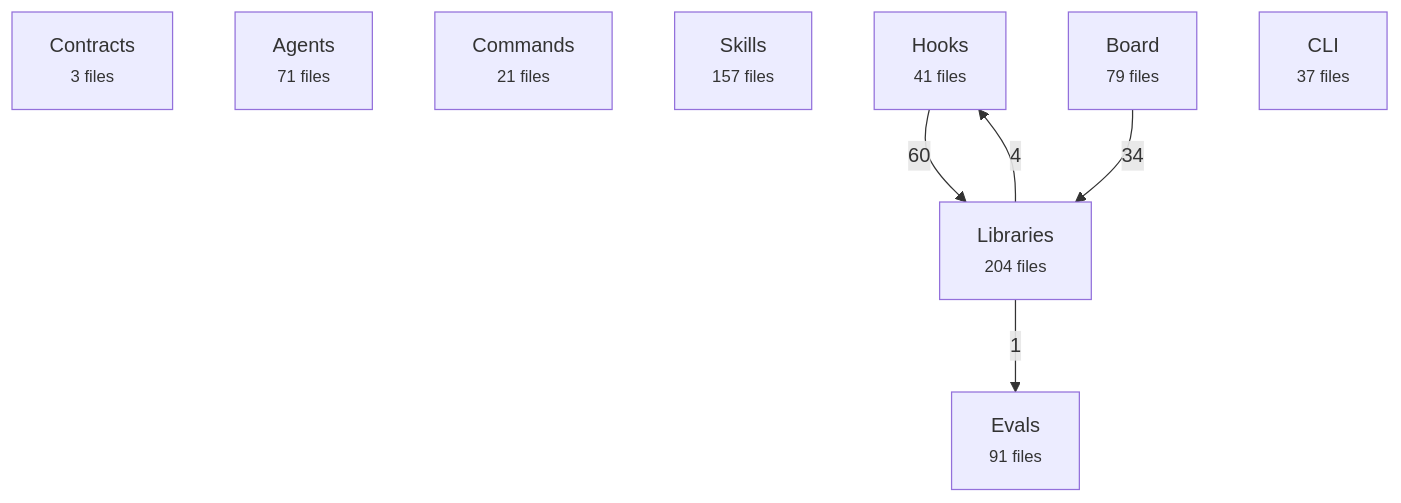
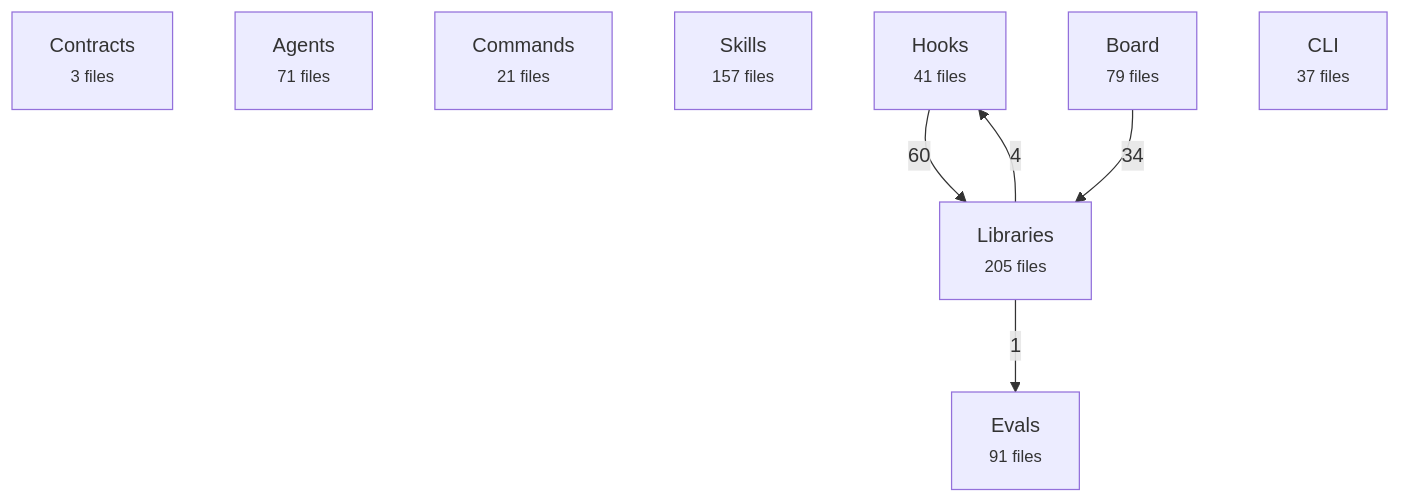
One commit to avelikiy/great_cto changed the first of 2 diagrams in docs/reference/architecture-map.md. Above: the diagram before and after it, drawn with Mermaid. The commit also changed other lines of this file and 4 other files, not shown here.

````diff
--- a/docs/reference/architecture-map.md
+++ b/docs/reference/architecture-map.md
@@ -20,16 +20,16 @@
 ```mermaid
 flowchart TD
   contracts["Contracts<br/><small>3 files</small>"]
   agents["Agents<br/><small>71 files</small>"]
   commands["Commands<br/><small>21 files</small>"]
   skills["Skills<br/><small>157 files</small>"]
   hooks["Hooks<br/><small>41 files</small>"]
-  libs["Libraries<br/><small>204 files</small>"]
+  libs["Libraries<br/><small>205 files</small>"]
   board["Board<br/><small>79 files</small>"]
   cli["CLI<br/><small>37 files</small>"]
   evals["Evals<br/><small>91 files</small>"]
   hooks -->|60| libs
   board -->|34| libs
   libs -->|4| hooks
   libs -->|1| evals
 ```
````
